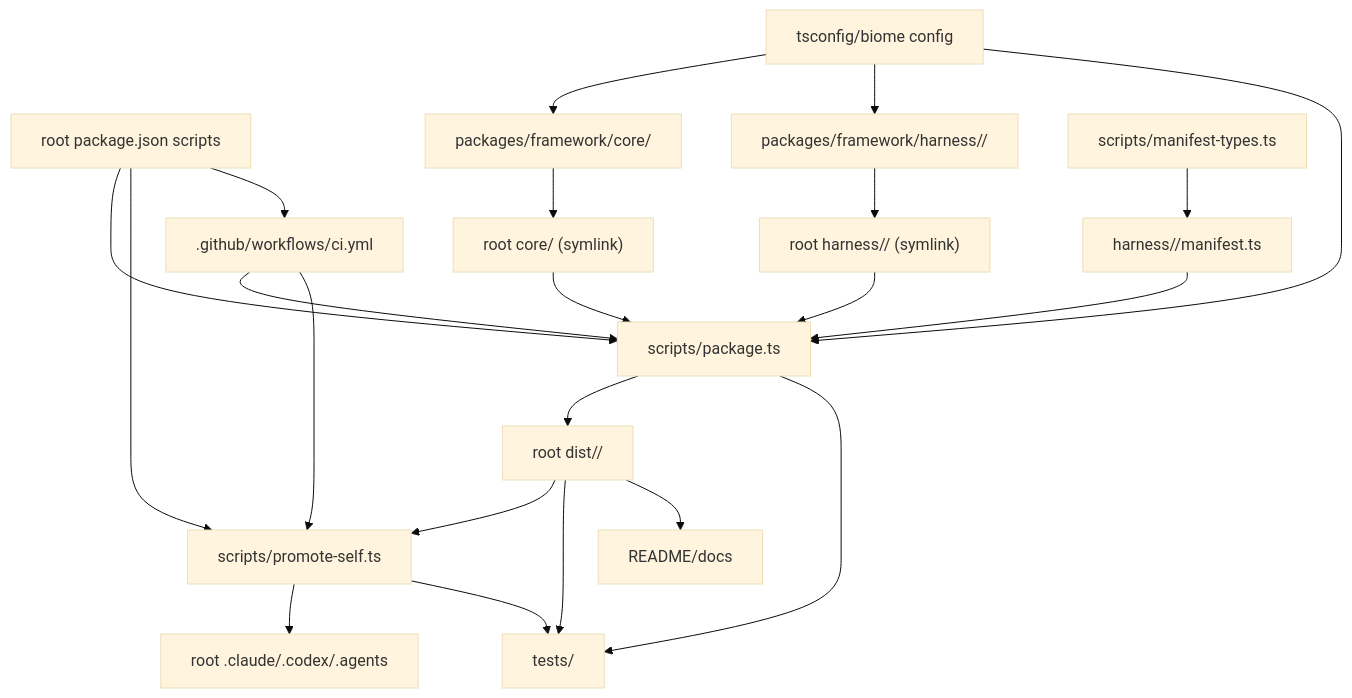
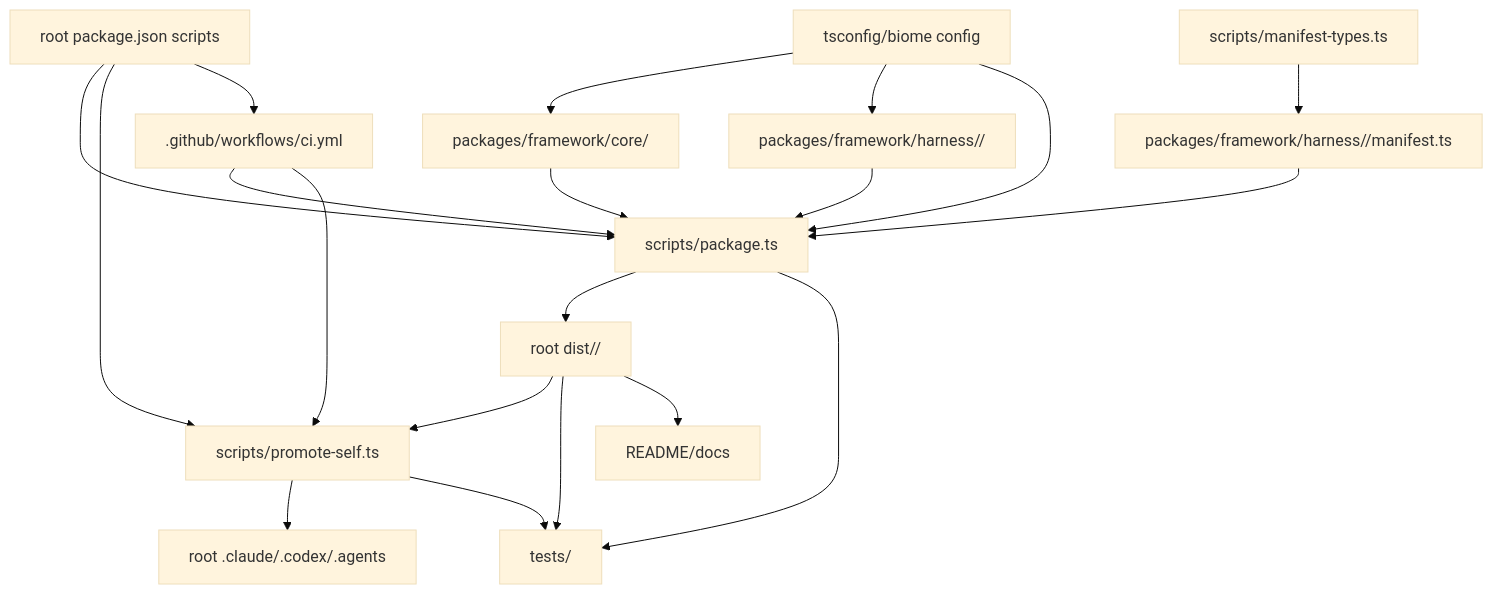
Before and after one commit to amadeus-dlc/amadeus: the first of 2 diagrams in amadeus/spaces/default/codekb/installer-distribution/dependencies.md, drawn with Mermaid (base theme). The commit also changed other lines of this file and 10 other files, not shown here.

````diff
--- a/amadeus/spaces/default/codekb/installer-distribution/dependencies.md
+++ b/amadeus/spaces/default/codekb/installer-distribution/dependencies.md
@@ -5,40 +5,36 @@
 ```mermaid
 flowchart TD
   PackageJson["root package.json scripts"]
   TSConfig["tsconfig/biome config"]
   FWCore["packages/framework/core/"]
   FWHarness["packages/framework/harness/<name>/"]
-  SymCore["root core/ (symlink)"]
-  SymHarness["root harness/<name>/ (symlink)"]
   ManifestTypes["scripts/manifest-types.ts"]
-  Manifests["harness/<name>/manifest.ts"]
+  Manifests["packages/framework/harness/<name>/manifest.ts"]
   PackageScript["scripts/package.ts"]
   Promote["scripts/promote-self.ts"]
   Dist["root dist/<name>/"]
   Runtime["root .claude/.codex/.agents"]
   Tests["tests/"]
   Docs["README/docs"]
   CI[".github/workflows/ci.yml"]
 
-  FWCore --> SymCore
-  FWHarness --> SymHarness
   PackageJson --> PackageScript
   PackageJson --> Promote
   TSConfig --> FWCore
   TSConfig --> FWHarness
   TSConfig --> PackageScript
   ManifestTypes --> Manifests
-  SymCore --> PackageScript
-  SymHarness --> PackageScript
+  FWCore --> PackageScript
+  FWHarness --> PackageScript
   Manifests --> PackageScript
   PackageScript --> Dist
   Dist --> Promote
   Promote --> Runtime
   Dist --> Tests
   PackageScript --> Tests
   Promote --> Tests
   Dist --> Docs
   PackageJson --> CI
   CI --> PackageScript
   CI --> Promote
 ```
````
